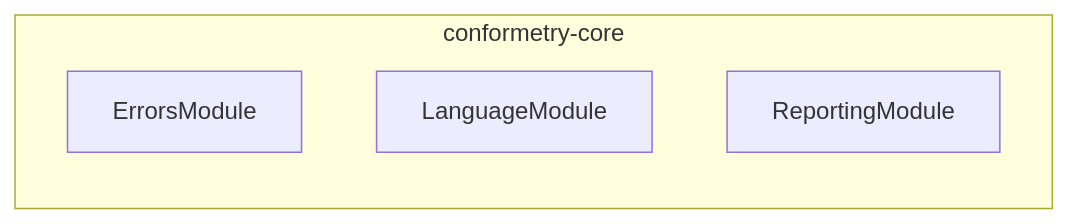
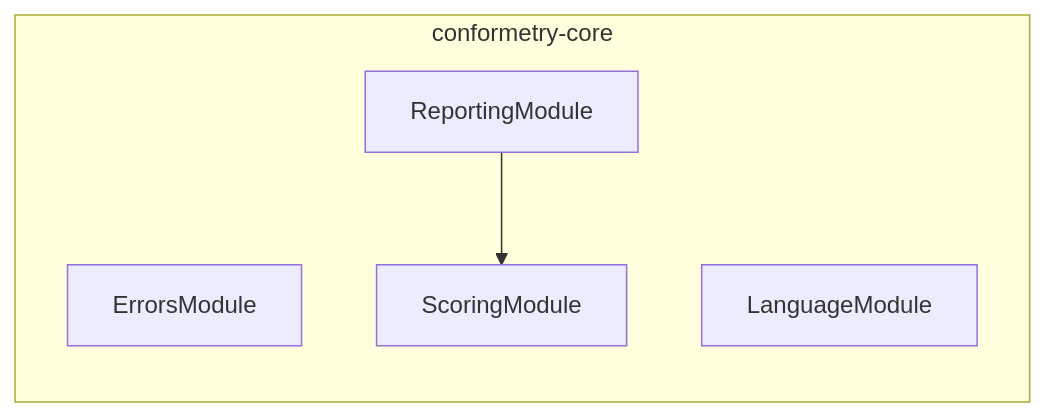
Before and after one commit to JimmyPaolini/codebase: the diagram in packages/conformetry-core/AGENTS.md, drawn with Mermaid. The commit also changed 141 other files, not shown here.

````diff
--- a/packages/conformetry-core/AGENTS.md
+++ b/packages/conformetry-core/AGENTS.md
@@ -62,8 +62,10 @@
 ```mermaid
 flowchart LR
   subgraph group0["conformetry-core"]
     ErrorsModule
     LanguageModule
     ReportingModule
+    ScoringModule
   end
+  ReportingModule --> ScoringModule
 ```
````
